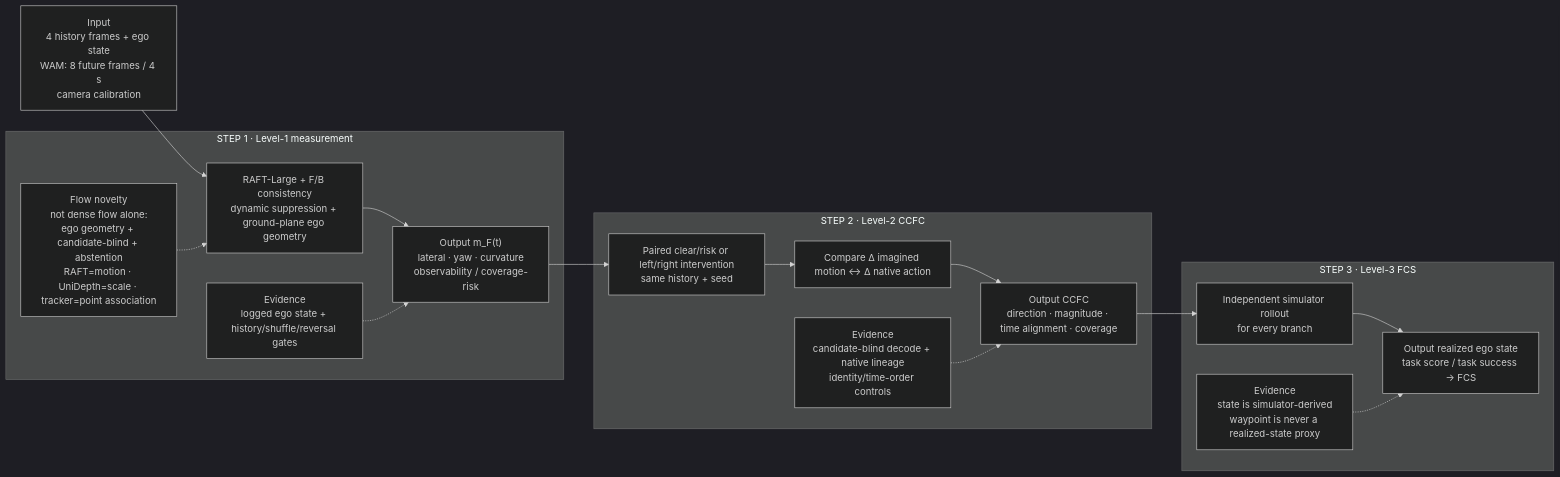
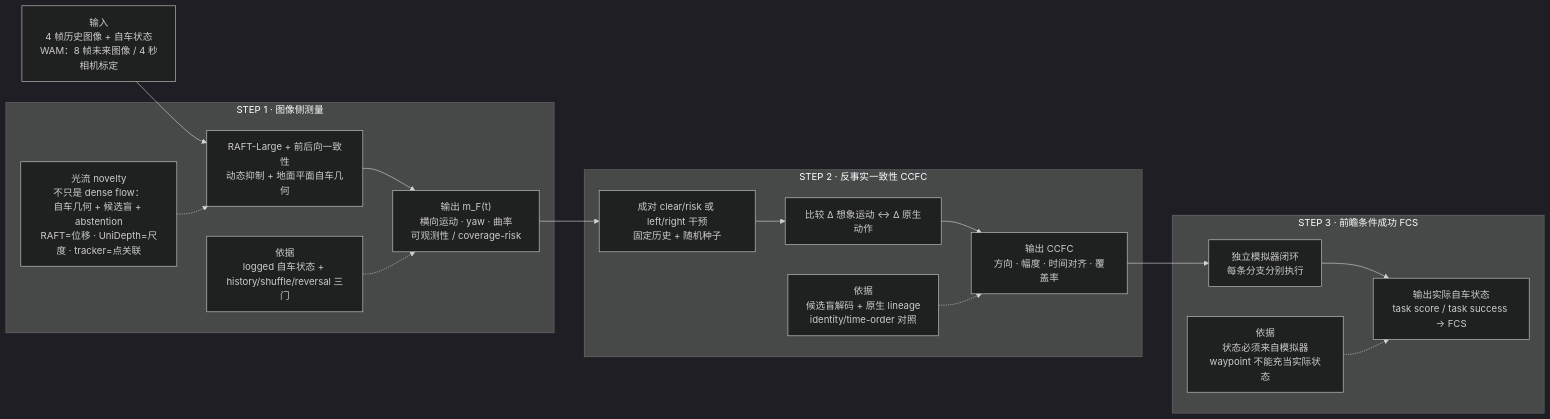
One commit to RiseBun/IAC-iclr changed the diagram in README.md. Above: the diagram before and after it, drawn with Mermaid (dark theme). The commit also changed other lines of this file and 2 other files, not shown here.

Commit message:
docs: use Chinese Step labels in frozen pipeline

````diff
--- a/README.md
+++ b/README.md
@@ -19,30 +19,30 @@
 ```mermaid
 flowchart LR
-    I["Input<br/>4 history frames + ego state<br/>WAM: 8 future frames / 4 s<br/>camera calibration"] --> A
-    subgraph S1["STEP 1 · Level-1 measurement"]
-        A["RAFT-Large + F/B consistency<br/>dynamic suppression + ground-plane ego geometry"]
-        N["Flow novelty<br/>not dense flow alone:<br/>ego geometry + candidate-blind + abstention<br/>RAFT=motion · UniDepth=scale · tracker=point association"]
-        O["Output m_F(t)<br/>lateral · yaw · curvature<br/>observability / coverage-risk"]
-        B["Evidence<br/>logged ego state + history/shuffle/reversal gates"]
+    I["输入<br/>4 帧历史图像 + 自车状态<br/>WAM：8 帧未来图像 / 4 秒<br/>相机标定"] --> A
+    subgraph S1["STEP 1 · 图像侧测量"]
+        A["RAFT-Large + 前后向一致性<br/>动态抑制 + 地面平面自车几何"]
+        N["光流 novelty<br/>不只是 dense flow：<br/>自车几何 + 候选盲 + abstention<br/>RAFT=位移 · UniDepth=尺度 · tracker=点关联"]
+        O["输出 m_F(t)<br/>横向运动 · yaw · 曲率<br/>可观测性 / coverage-risk"]
+        B["依据<br/>logged 自车状态 + history/shuffle/reversal 三门"]
         A --> O
         N -.-> A
         B -.-> O
     end
     O --> D
-    subgraph S2["STEP 2 · Level-2 CCFC"]
-        D["Paired clear/risk or left/right intervention<br/>same history + seed"]
-        C["Compare Δ imagined motion ↔ Δ native action"]
-        Q["Output CCFC<br/>direction · magnitude · time alignment · coverage"]
-        E["Evidence<br/>candidate-blind decode + native lineage<br/>identity/time-order controls"]
+    subgraph S2["STEP 2 · 反事实一致性 CCFC"]
+        D["成对 clear/risk 或 left/right 干预<br/>固定历史 + 随机种子"]
+        C["比较 Δ 想象运动 ↔ Δ 原生动作"]
+        Q["输出 CCFC<br/>方向 · 幅度 · 时间对齐 · 覆盖率"]
+        E["依据<br/>候选盲解码 + 原生 lineage<br/>identity/time-order 对照"]
         D --> C --> Q
         E -.-> Q
     end
     Q --> R
-    subgraph S3["STEP 3 · Level-3 FCS"]
-        R["Independent simulator rollout<br/>for every branch"]
-        T["Output realized ego state<br/>task score / task success → FCS"]
-        U["Evidence<br/>state is simulator-derived<br/>waypoint is never a realized-state proxy"]
+    subgraph S3["STEP 3 · 前瞻条件成功 FCS"]
+        R["独立模拟器闭环<br/>每条分支分别执行"]
+        T["输出实际自车状态<br/>task score / task success → FCS"]
+        U["依据<br/>状态必须来自模拟器<br/>waypoint 不能充当实际状态"]
         R --> T
         U -.-> T
     end
 ```
````
